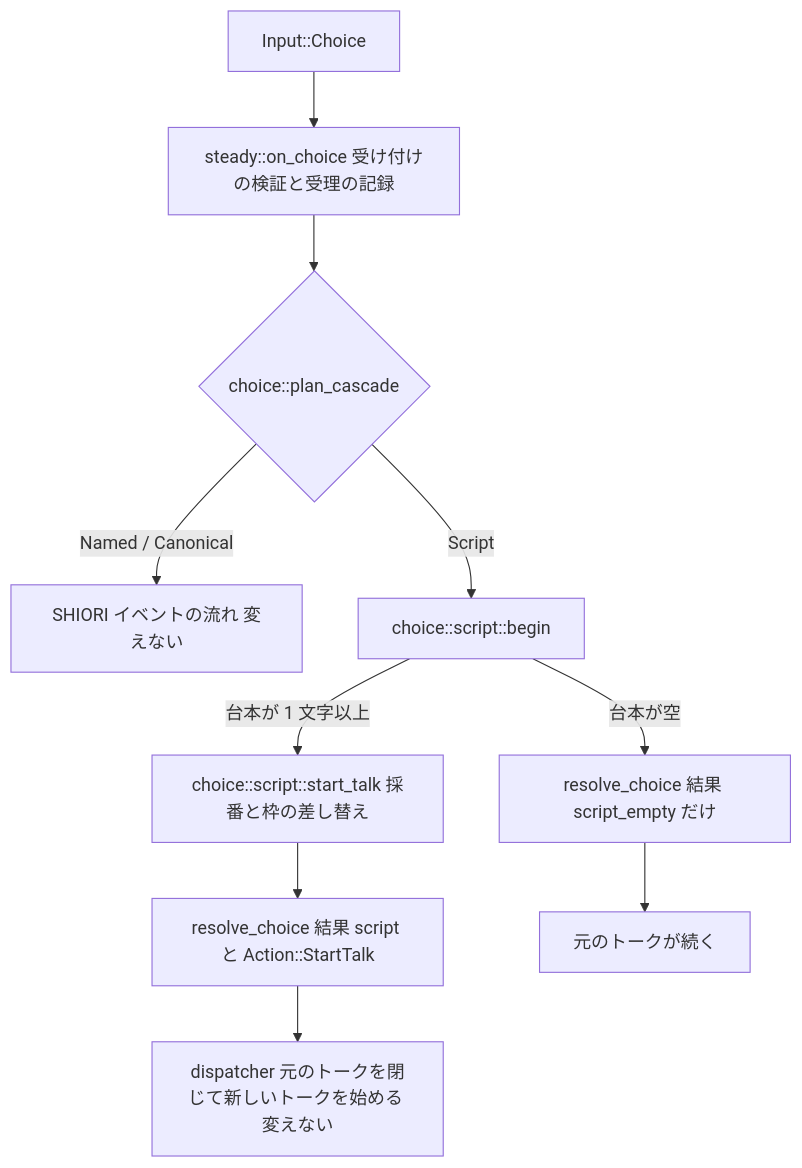
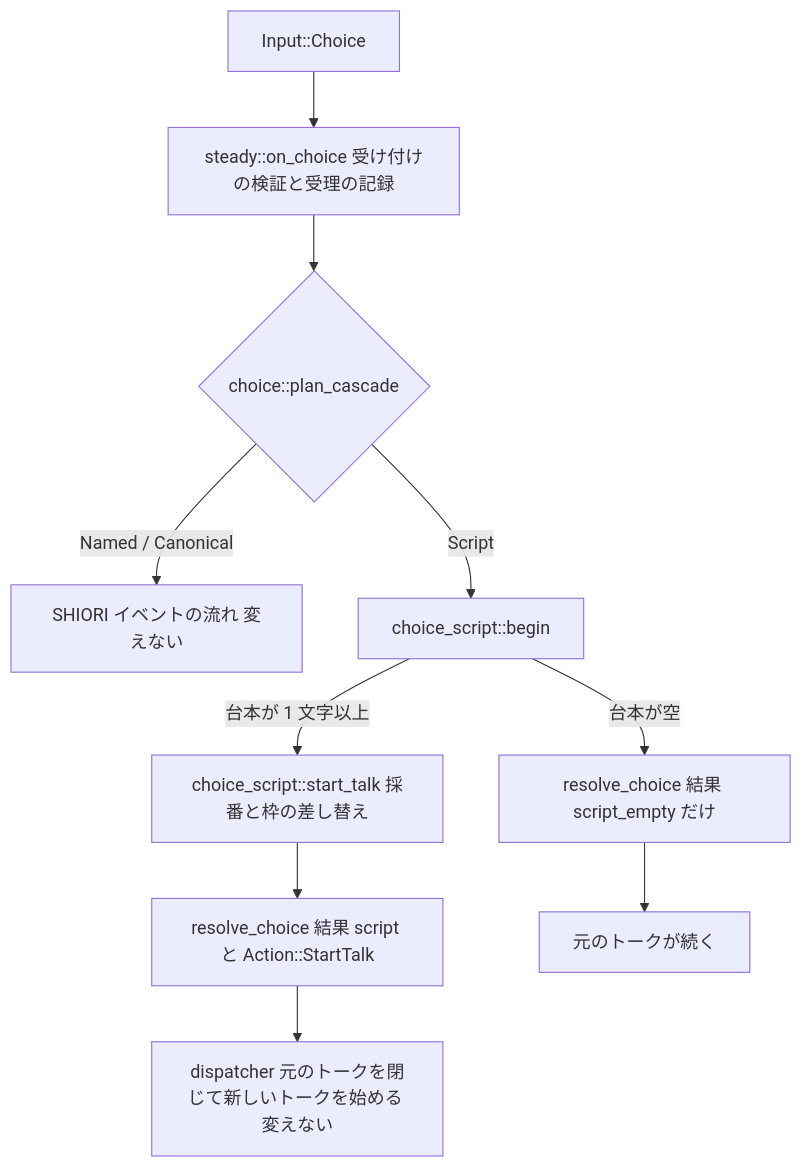
The first of 2 diagrams in .kiro/specs/areka-P0-choice-script-prefix/design.md (ekicyou/areka), drawn with Mermaid before and after one commit. The commit also changed other lines of this file and 1 other file, not shown here.

Commit message:
docs(areka-P0-choice-script-prefix): resolve design discussion #1 - 状態を書く関数は steady.rs の子へ

````diff
--- a/.kiro/specs/areka-P0-choice-script-prefix/design.md
+++ b/.kiro/specs/areka-P0-choice-script-prefix/design.md
@@ -74,12 +74,12 @@
 ```mermaid
 flowchart TD
     A[Input::Choice] --> B[steady::on_choice 受け付けの検証と受理の記録]
     B --> C{choice::plan_cascade}
     C -->|Named / Canonical| D[SHIORI イベントの流れ 変えない]
-    C -->|Script| E[choice::script::begin]
-    E -->|台本が 1 文字以上| F[choice::script::start_talk 採番と枠の差し替え]
+    C -->|Script| E[choice_script::begin]
+    E -->|台本が 1 文字以上| F[choice_script::start_talk 採番と枠の差し替え]
     F --> G[resolve_choice 結果 script と Action::StartTalk]
     E -->|台本が空| H[resolve_choice 結果 script_empty だけ]
     G --> I[dispatcher 元のトークを閉じて新しいトークを始める 変えない]
     H --> J[元のトークが続く]
 ```
````
